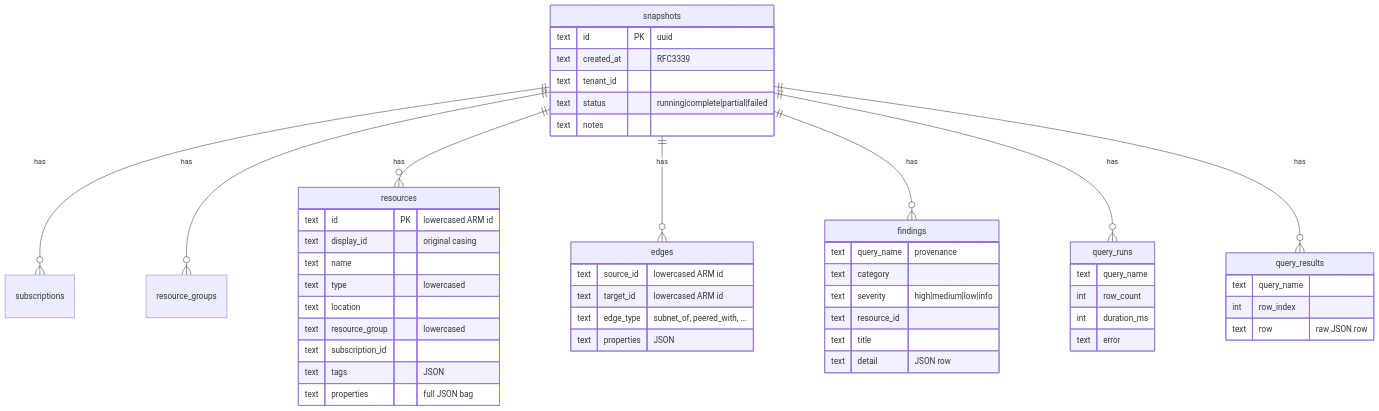
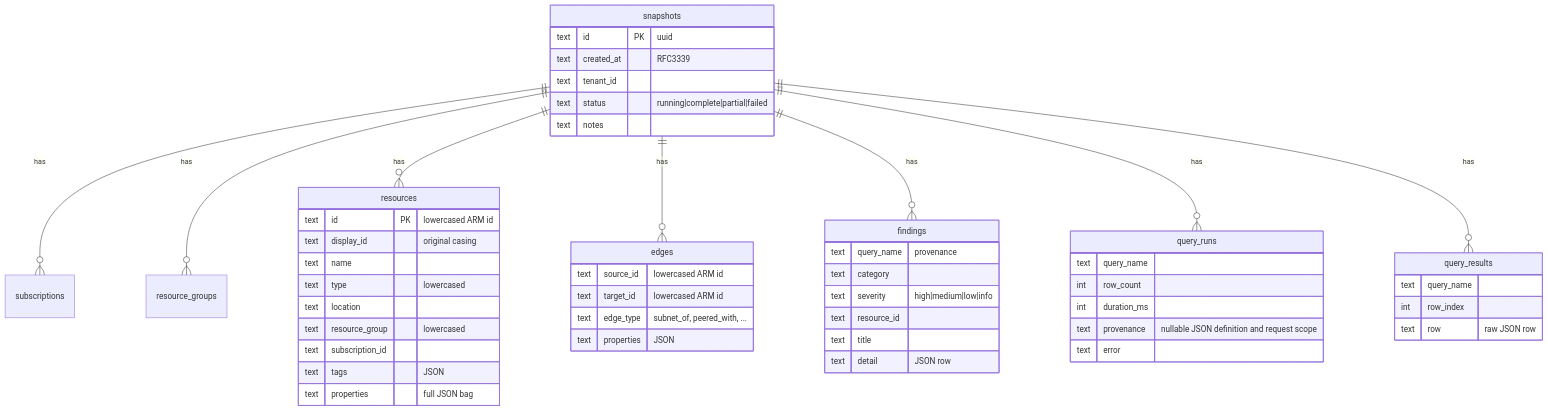
Before and after one commit to russmckendrick/azdocs: the diagram in docs/development/data-model.md, drawn with Mermaid. The commit also changed other lines of this file and 96 other files, not shown here.

````diff
--- a/docs/development/data-model.md
+++ b/docs/development/data-model.md
@@ -6,54 +6,55 @@
 ```mermaid
 erDiagram
     snapshots ||--o{ subscriptions : has
     snapshots ||--o{ resource_groups : has
     snapshots ||--o{ resources : has
     snapshots ||--o{ edges : has
     snapshots ||--o{ findings : has
     snapshots ||--o{ query_runs : has
     snapshots ||--o{ query_results : has
 
     snapshots {
         text id PK "uuid"
         text created_at "RFC3339"
         text tenant_id
         text status "running|complete|partial|failed"
         text notes
     }
     resources {
         text id PK "lowercased ARM id"
         text display_id "original casing"
         text name
         text type "lowercased"
         text location
         text resource_group "lowercased"
         text subscription_id
         text tags "JSON"
         text properties "full JSON bag"
     }
     edges {
         text source_id "lowercased ARM id"
         text target_id "lowercased ARM id"
         text edge_type "subnet_of, peered_with, ..."
         text properties "JSON"
     }
     findings {
         text query_name "provenance"
         text category
         text severity "high|medium|low|info"
         text resource_id
         text title
         text detail "JSON row"
     }
     query_runs {
         text query_name
         int row_count
         int duration_ms
+        text provenance "nullable JSON definition and request scope"
         text error
     }
     query_results {
         text query_name
         int row_index
         text row "raw JSON row"
     }
 ```
````
